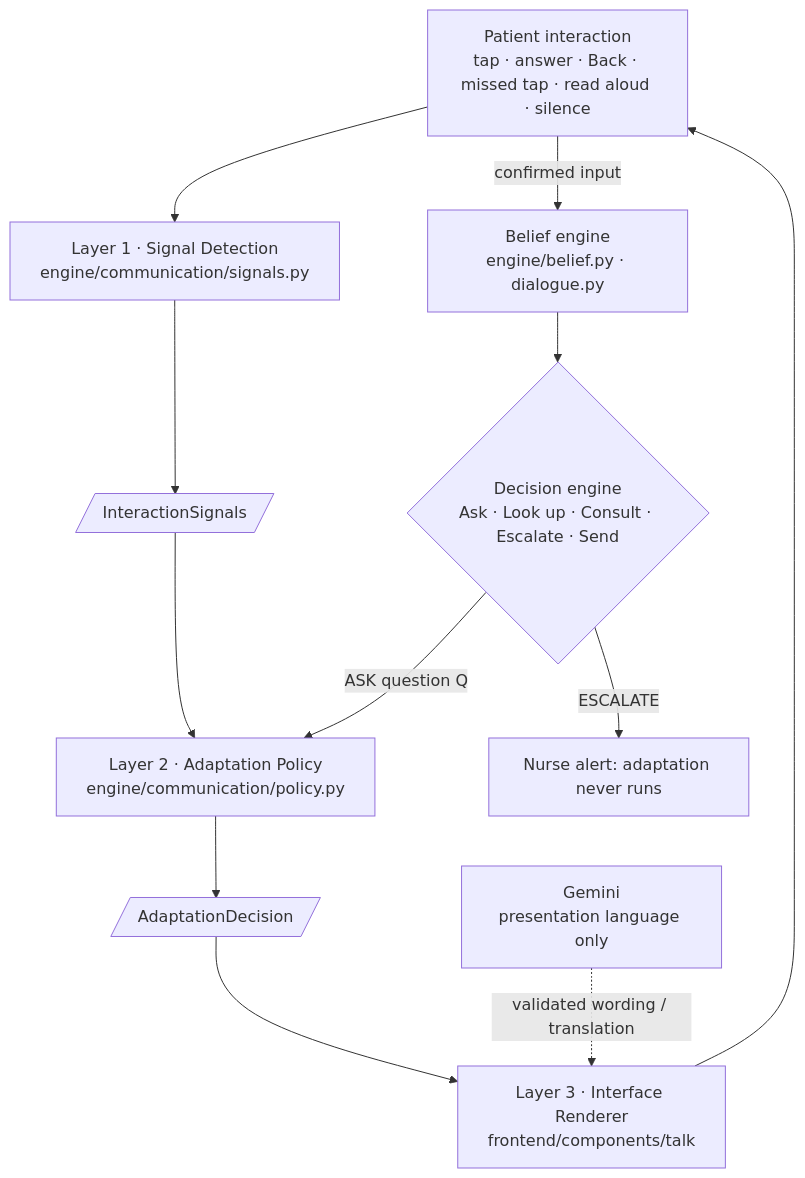
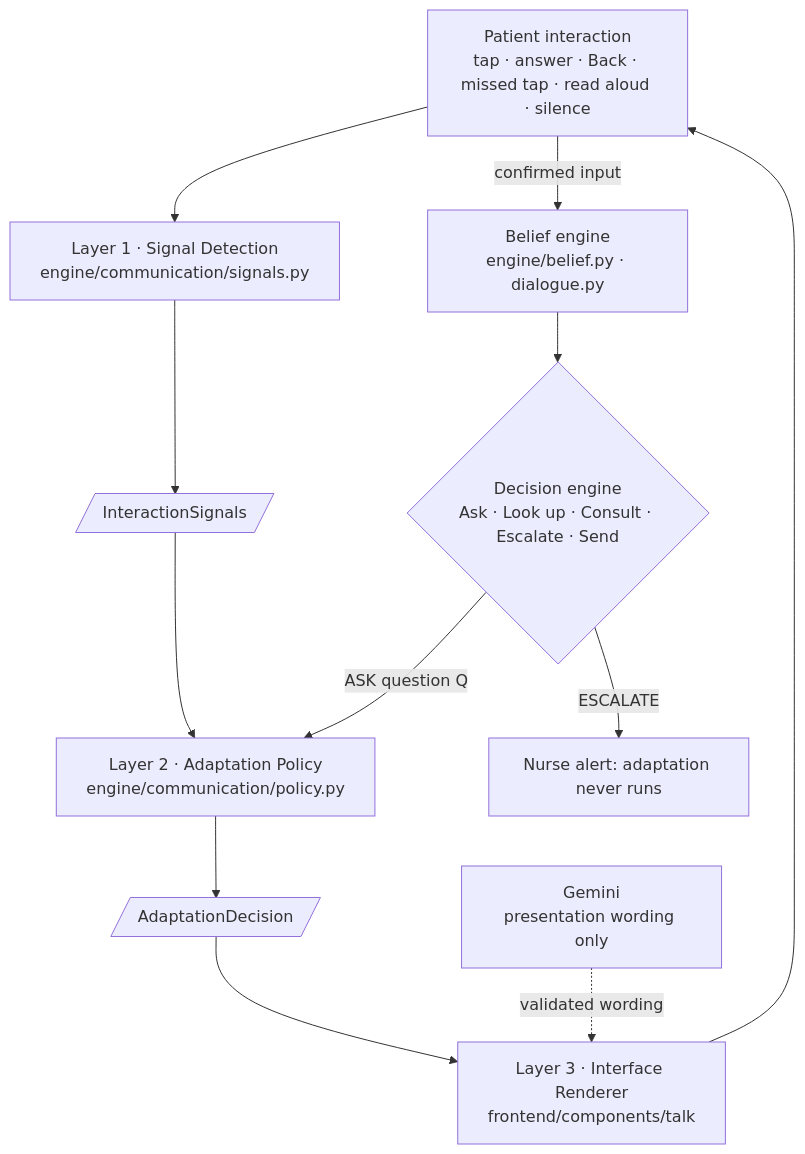
One commit to nidhi-subrah/MediCue changed the diagram in docs/ADAPTIVE_COMMUNICATION.md. Above: the diagram before and after it, drawn with Mermaid. The commit also changed other lines of this file and 23 other files, not shown here.

````diff
--- a/docs/ADAPTIVE_COMMUNICATION.md
+++ b/docs/ADAPTIVE_COMMUNICATION.md
@@ -20,14 +20,14 @@
 ```mermaid
 flowchart TD
   I[Patient interaction<br/>tap · answer · Back · missed tap · read aloud · silence] --> S
   S[Layer 1 · Signal Detection<br/>engine/communication/signals.py] --> IS[/InteractionSignals/]
   IS --> P[Layer 2 · Adaptation Policy<br/>engine/communication/policy.py]
   P --> AD[/AdaptationDecision/]
   AD --> R[Layer 3 · Interface Renderer<br/>frontend/components/talk]
   R --> I
   I -->|confirmed input| B[Belief engine<br/>engine/belief.py · dialogue.py]
   B --> D{Decision engine<br/>Ask · Look up · Consult · Escalate · Send}
   D -->|ASK question Q| P
   D -->|ESCALATE| E[Nurse alert: adaptation never runs]
-  G[Gemini<br/>presentation language only] -.->|validated wording / translation| R
+  G[Gemini<br/>presentation wording only] -.->|validated wording| R
 ```
````
